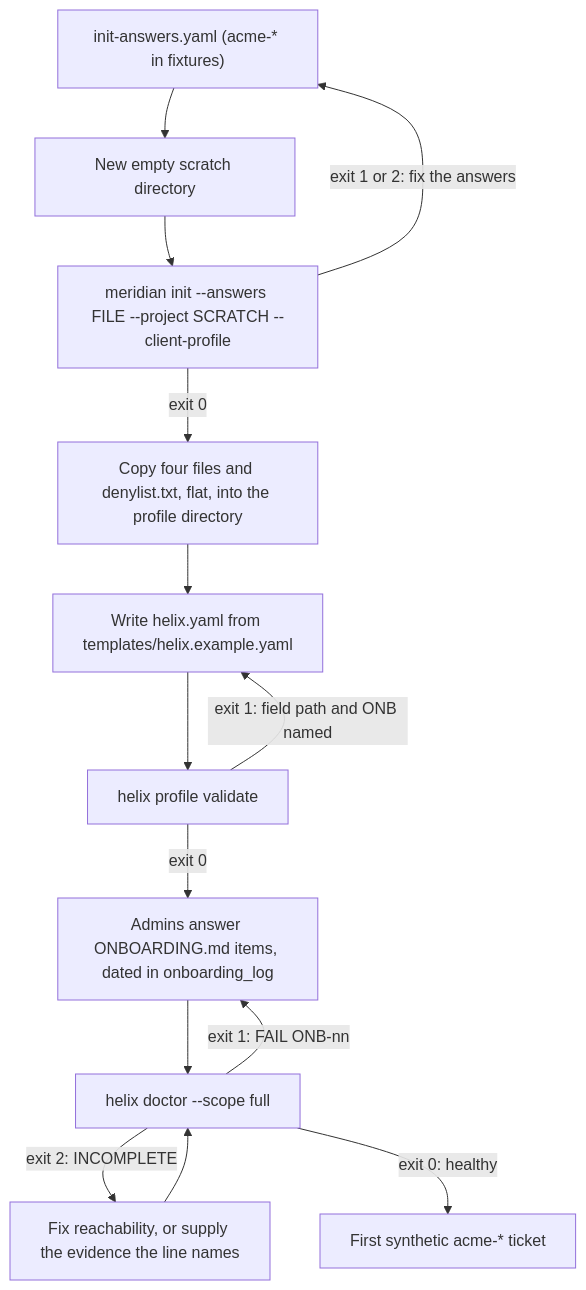
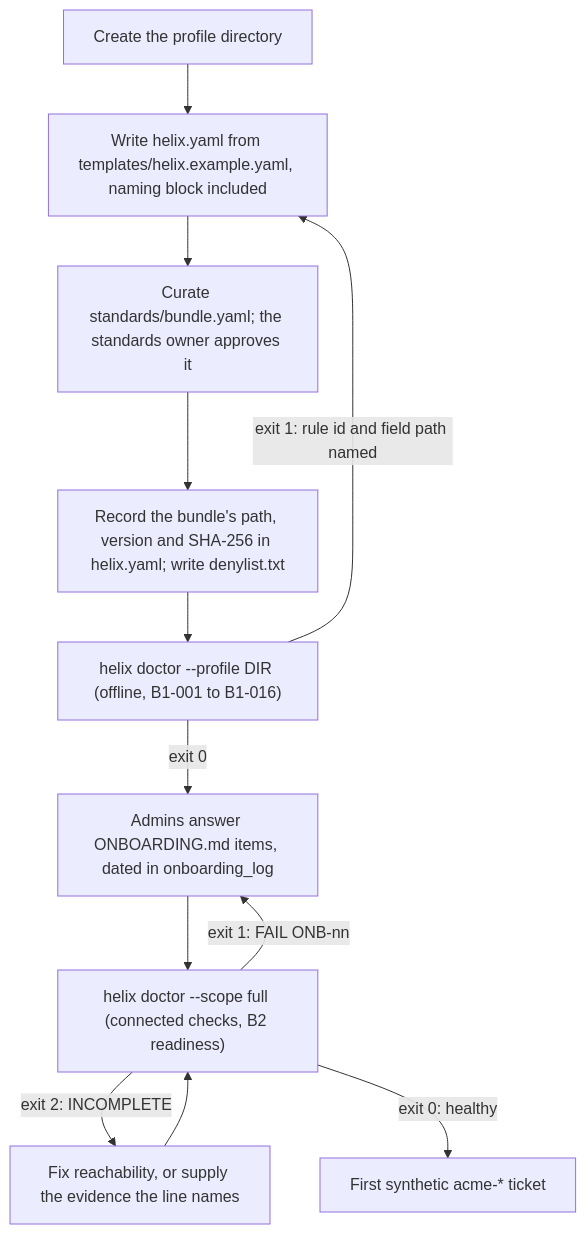
The first of 3 diagrams in docs/lld/02-client-profile-and-doctor.md (developerhegde/helix), drawn with Mermaid before and after one commit. The commit also changed other lines of this file and 18 other files, not shown here.

````diff
--- a/docs/lld/02-client-profile-and-doctor.md
+++ b/docs/lld/02-client-profile-and-doctor.md
@@ -76,16 +84,14 @@
 ```mermaid
 flowchart TD
-  A["init-answers.yaml (acme-* in fixtures)"] --> S["New empty scratch directory"]
-  S --> B["meridian init --answers FILE --project SCRATCH --client-profile"]
-  B -- "exit 1 or 2: fix the answers" --> A
-  B -- "exit 0" --> C["Copy four files and denylist.txt, flat, into the profile directory"]
-  C --> D["Write helix.yaml from templates/helix.example.yaml"]
-  D --> E["helix profile validate"]
-  E -- "exit 1: field path and ONB named" --> D
+  A["Create the profile directory"] --> B["Write helix.yaml from templates/helix.example.yaml, naming block included"]
+  B --> C["Curate standards/bundle.yaml; the standards owner approves it"]
+  C --> D["Record the bundle's path, version and SHA-256 in helix.yaml; write denylist.txt"]
+  D --> E["helix doctor --profile DIR (offline, B1-001 to B1-016)"]
+  E -- "exit 1: rule id and field path named" --> B
   E -- "exit 0" --> F["Admins answer ONBOARDING.md items, dated in onboarding_log"]
-  F --> G["helix doctor --scope full"]
+  F --> G["helix doctor --scope full (connected checks, B2 readiness)"]
   G -- "exit 1: FAIL ONB-nn" --> F
   G -- "exit 2: INCOMPLETE" --> H["Fix reachability, or supply the evidence the line names"]
   H --> G
   G -- "exit 0: healthy" --> I["First synthetic acme-* ticket"]
 ```
````
